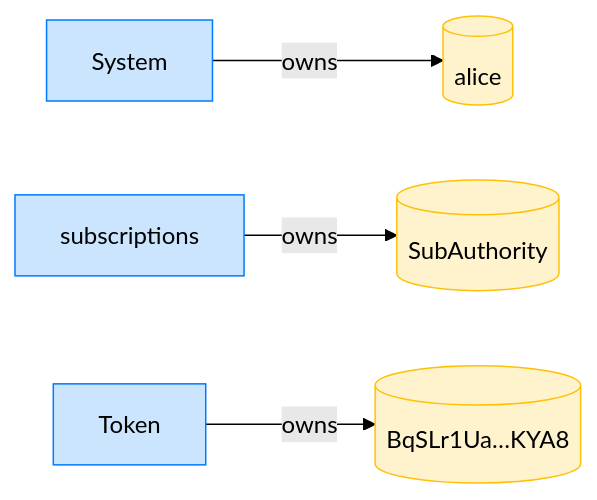
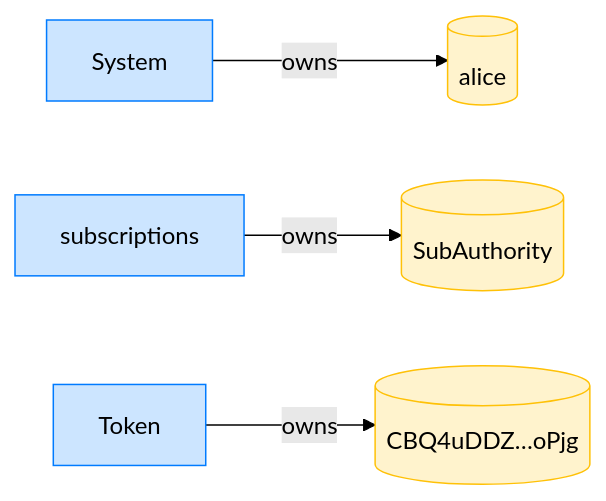
One commit to cds-rs/subscriptions changed the fourth of 8 diagrams in dsl_tests/fixed-transfer-past-the-drift-window-is-refused.md. Above: the diagram before and after it, drawn with Mermaid (forest theme). The commit also changed other lines of this file and 224 other files, not shown here.

````diff
--- a/dsl_tests/fixed-transfer-past-the-drift-window-is-refused.md
+++ b/dsl_tests/fixed-transfer-past-the-drift-window-is-refused.md
@@ -73,14 +78,14 @@
 ```mermaid
 flowchart LR
     classDef owner fill:#cce5ff,stroke:#007bff;
     classDef account fill:#fff3cd,stroke:#ffc107;
     System[System]:::owner
     alice[(alice)]:::account
     subscriptions[subscriptions]:::owner
     SubAuthority[(SubAuthority)]:::account
     Token[Token]:::owner
-    BqSLr1Ua_KYA8[("BqSLr1Ua…KYA8")]:::account
+    CBQ4uDDZ_oPjg[("CBQ4uDDZ…oPjg")]:::account
     System -->|owns| alice
     subscriptions -->|owns| SubAuthority
-    Token -->|owns| BqSLr1Ua_KYA8
+    Token -->|owns| CBQ4uDDZ_oPjg
 ```
````
